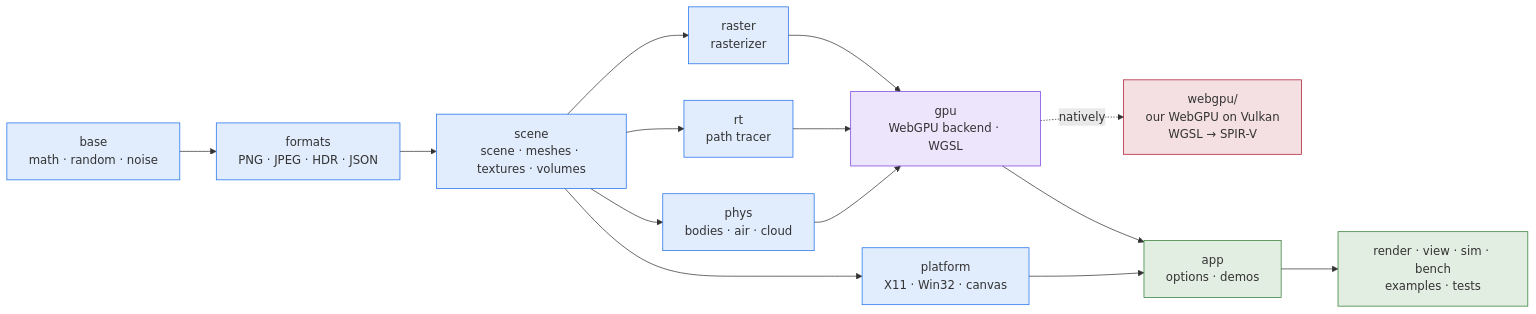
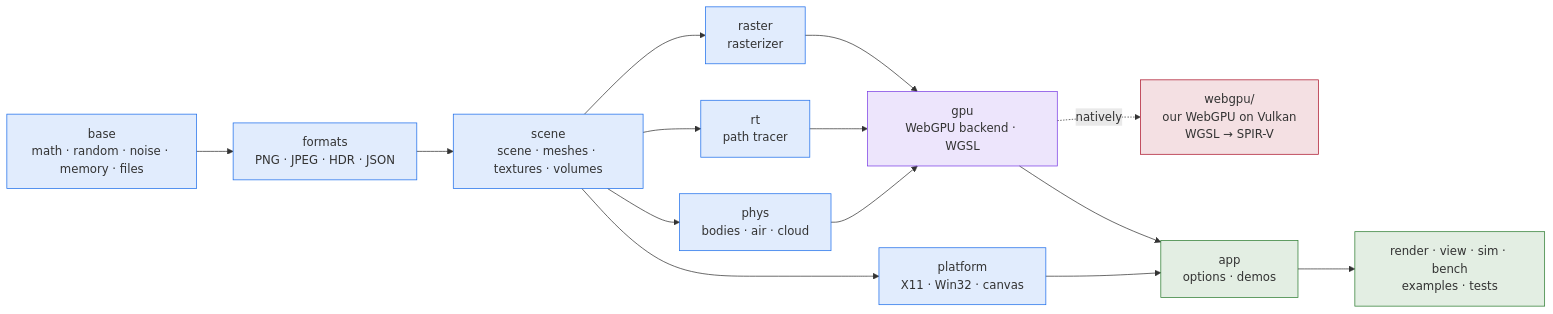
The diagram in README.md (logicesecutor/little_renderer), drawn with Mermaid before and after one commit. The commit also changed other lines of this file and 9 other files, not shown here.

````diff
--- a/README.md
+++ b/README.md
@@ -172,25 +174,25 @@
 ```mermaid
 flowchart LR
-    base["base<br/>math · random · noise"] --> formats["formats<br/>PNG · JPEG · HDR · JSON"]
+    base["base<br/>math · random · noise · memory · files"] --> formats["formats<br/>PNG · JPEG · HDR · JSON"]
     formats --> scene["scene<br/>scene · meshes · textures · volumes"]
     scene --> raster["raster<br/>rasterizer"]
     scene --> rt["rt<br/>path tracer"]
     scene --> phys["phys<br/>bodies · air · cloud"]
     scene --> platform["platform<br/>X11 · Win32 · canvas"]
     raster --> gpu["gpu<br/>WebGPU backend · WGSL"]
     rt --> gpu
     phys --> gpu
     gpu -.->|natively| vk["webgpu/<br/>our WebGPU on Vulkan<br/>WGSL → SPIR-V"]
     gpu --> app["app<br/>options · demos"]
     platform --> app
     app --> programs["render · view · sim · bench<br/>examples · tests"]
 
     classDef layerCpu fill:#1f6feb22,stroke:#1f6feb
     classDef layerGpu fill:#7b3fe422,stroke:#7b3fe4
     classDef layerVk fill:#ac162c22,stroke:#ac162c
     classDef layerOut fill:#2e7d3222,stroke:#2e7d32
     class base,formats,scene,raster,rt,phys,platform layerCpu
     class gpu layerGpu
     class vk layerVk
     class app,programs layerOut
 ```
````
